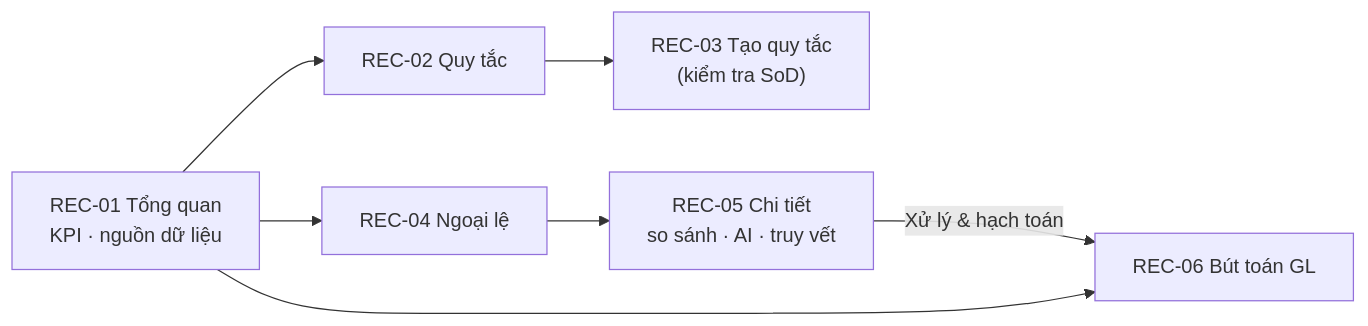
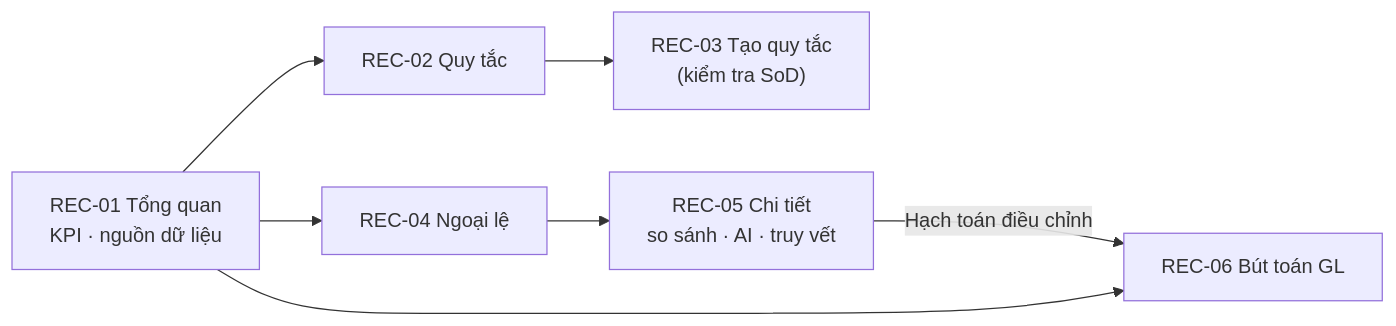
The sixth of 6 diagrams in docs/02-reconciliation/R01-reconciliation-flow.md (handao2303/aegis-ekyc-ui), drawn with Mermaid before and after one commit. The commit also changed other lines of this file and 9 other files, not shown here.

````diff
--- a/docs/02-reconciliation/R01-reconciliation-flow.md
+++ b/docs/02-reconciliation/R01-reconciliation-flow.md
@@ -165,9 +186,9 @@
 ```mermaid
 flowchart LR
     D["REC-01 Tổng quan<br/>KPI · nguồn dữ liệu"] --> R["REC-02 Quy tắc"]
     R --> F["REC-03 Tạo quy tắc<br/>(kiểm tra SoD)"]
     D --> E["REC-04 Ngoại lệ"]
     E --> X["REC-05 Chi tiết<br/>so sánh · AI · truy vết"]
-    X -- "Xử lý & hạch toán" --> G["REC-06 Bút toán GL"]
+    X -- "Hạch toán điều chỉnh" --> G["REC-06 Bút toán GL"]
     D --> G
 ```
````
